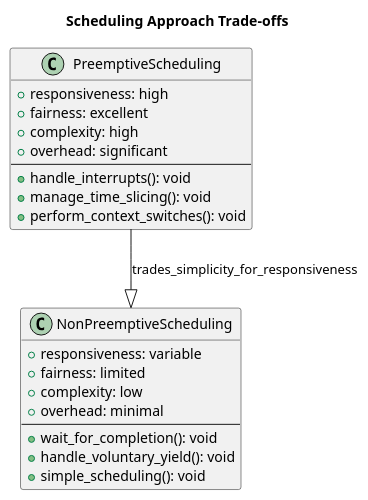
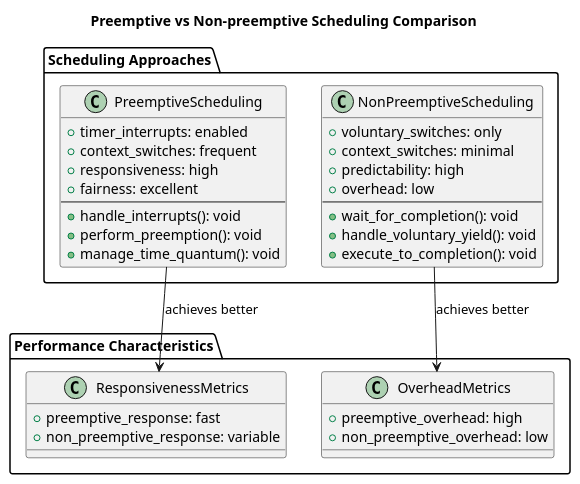
The third of 3 diagrams in Part-2/Ch-6-CPU-Scheduling/Preemptive-vs-Non-preemptive-Scheduling.md (mohitmishra786/myJourneyOfBuildingOS), drawn with PlantUML before and after one commit. The commit also changed other lines of this file and 5 other files, not shown here.

````diff
--- a/Part-2/Ch-6-CPU-Scheduling/Preemptive-vs-Non-preemptive-Scheduling.md
+++ b/Part-2/Ch-6-CPU-Scheduling/Preemptive-vs-Non-preemptive-Scheduling.md
@@ -776,29 +477,44 @@
 ```plantuml
 @startuml
-title "Scheduling Approach Trade-offs"
+title "Preemptive vs Non-preemptive Scheduling Comparison"
 
-class PreemptiveScheduling {
+package "Scheduling Approaches" {
+  class PreemptiveScheduling {
+    +timer_interrupts: enabled
+    +context_switches: frequent
     +responsiveness: high
     +fairness: excellent
-    +complexity: high
-    +overhead: significant
     --
     +handle_interrupts(): void
-    +manage_time_slicing(): void
-    +perform_context_switches(): void
-}
-
-class NonPreemptiveScheduling {
-    +responsiveness: variable
-    +fairness: limited
-    +complexity: low  
-    +overhead: minimal
+    +perform_preemption(): void
+    +manage_time_quantum(): void
+  }
+  
+  class NonPreemptiveScheduling {
+    +voluntary_switches: only
+    +context_switches: minimal
+    +predictability: high
+    +overhead: low
     --
     +wait_for_completion(): void
     +handle_voluntary_yield(): void
-    +simple_scheduling(): void
+    +execute_to_completion(): void
+  }
 }
 
-PreemptiveScheduling --|> NonPreemptiveScheduling : "trades_simplicity_for_responsiveness"
+package "Performance Characteristics" {
+  class ResponsivenessMetrics {
+    +preemptive_response: fast
+    +non_preemptive_response: variable
+  }
+  
+  class OverheadMetrics {
+    +preemptive_overhead: high
+    +non_preemptive_overhead: low
+  }
+}
+
+PreemptiveScheduling --> ResponsivenessMetrics : "achieves better"
+NonPreemptiveScheduling --> OverheadMetrics : "achieves better"
 @enduml
 ```
````
